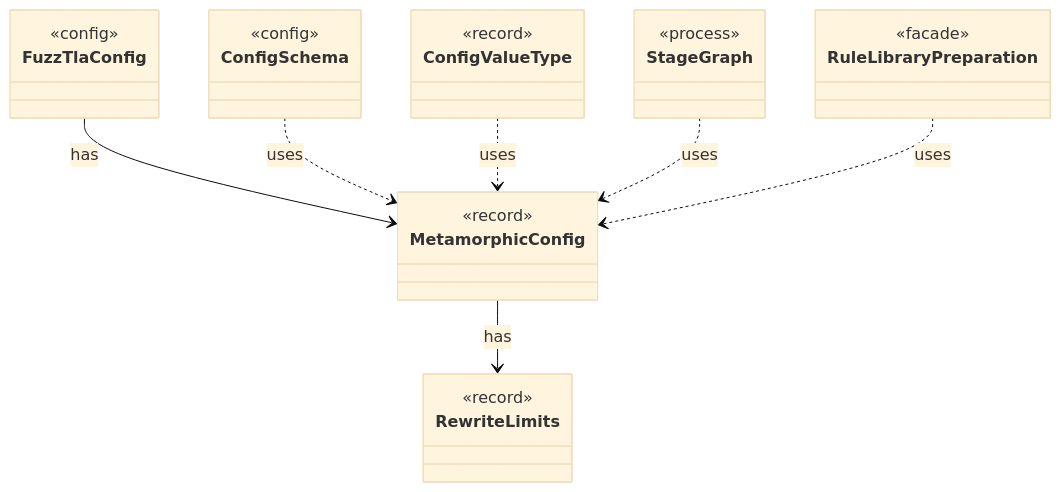
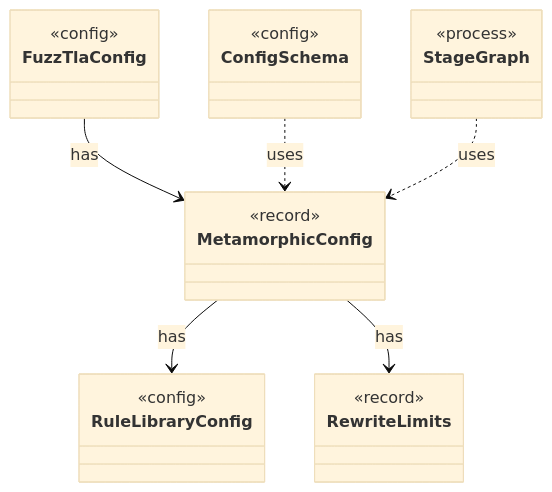
Before and after one commit to tlaplus/model-checker-hardening: the diagram in dev/types/io.github.tlaplus.hardening.config.MetamorphicConfig.md, drawn with Mermaid (base theme). The commit also changed other lines of this file and 405 other files, not shown here.

````diff
--- a/dev/types/io.github.tlaplus.hardening.config.MetamorphicConfig.md
+++ b/dev/types/io.github.tlaplus.hardening.config.MetamorphicConfig.md
@@ -9,30 +9,26 @@
 ```mermaid
 classDiagram
   class MetamorphicConfig {
     <<record>>
+  }
+  class RuleLibraryConfig {
+    <<config>>
   }
   class RewriteLimits {
     <<record>>
   }
   class FuzzTlaConfig {
     <<config>>
   }
   class ConfigSchema {
     <<config>>
   }
-  class ConfigValueType {
-    <<record>>
-  }
   class StageGraph {
     <<process>>
   }
-  class RuleLibraryPreparation {
-    <<facade>>
-  }
+  MetamorphicConfig --> RuleLibraryConfig : has
   MetamorphicConfig --> RewriteLimits : has
   FuzzTlaConfig --> MetamorphicConfig : has
   ConfigSchema ..> MetamorphicConfig : uses
-  ConfigValueType ..> MetamorphicConfig : uses
   StageGraph ..> MetamorphicConfig : uses
-  RuleLibraryPreparation ..> MetamorphicConfig : uses
 ```
````
